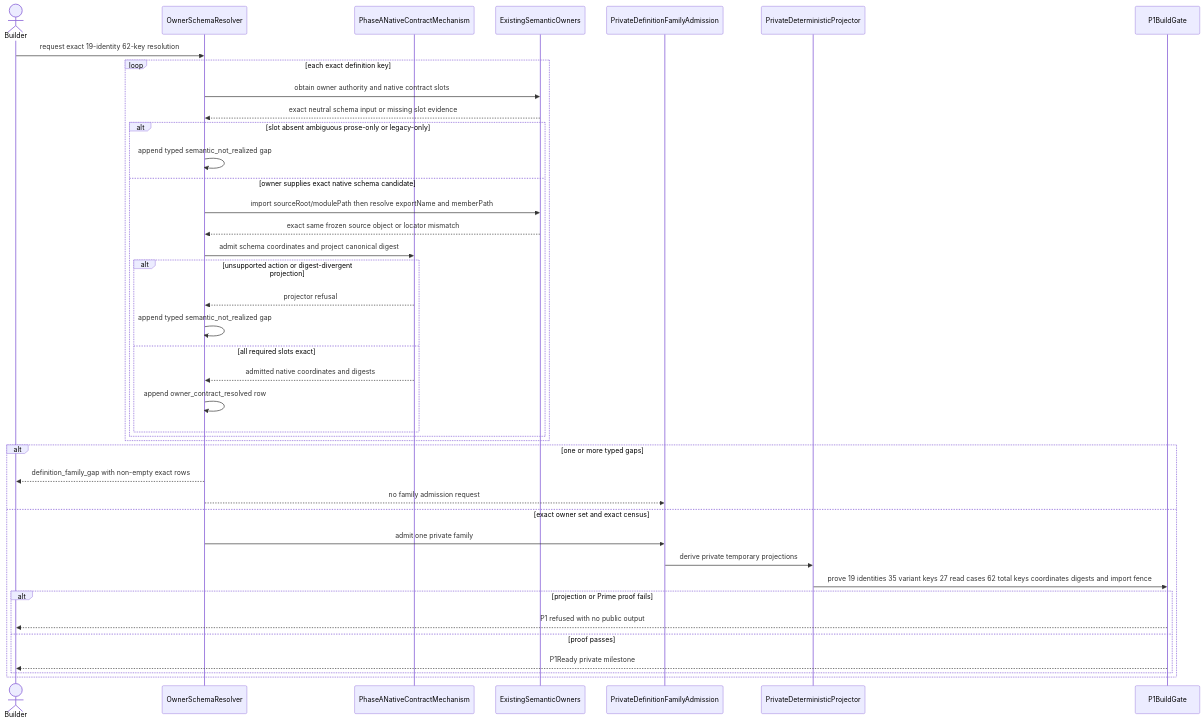
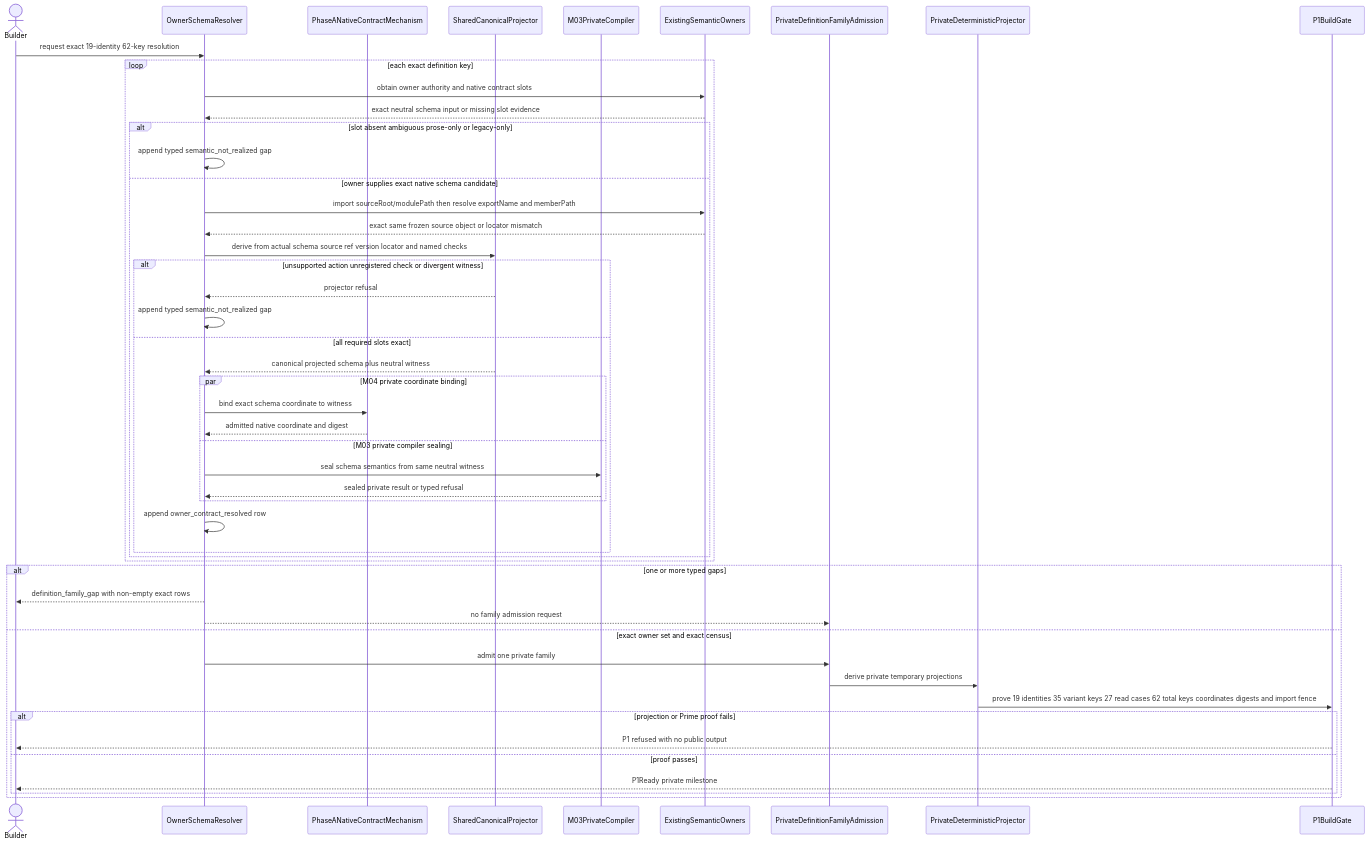
One commit to foolishimp/abiogenesis changed the second of 3 diagrams in build_tenants/abiogenesis/typescript/design/M04_PUBLIC_OPERATION_DEFINITION_FAMILY_BEHAVIOR_DESIGN.md. Above: the diagram before and after it, drawn with Mermaid. The commit also changed other lines of this file and 12 other files, not shown here.

Commit message:
feat(t274): derive native schema projection witnesses

````diff
--- a/build_tenants/abiogenesis/typescript/design/M04_PUBLIC_OPERATION_DEFINITION_FAMILY_BEHAVIOR_DESIGN.md
+++ b/build_tenants/abiogenesis/typescript/design/M04_PUBLIC_OPERATION_DEFINITION_FAMILY_BEHAVIOR_DESIGN.md
@@ -1031,43 +1089,52 @@
 ```mermaid
 sequenceDiagram
   actor Builder
   participant Resolver as OwnerSchemaResolver
   participant PhaseA as PhaseANativeContractMechanism
+  participant Shared as SharedCanonicalProjector
+  participant Compiler as M03PrivateCompiler
   participant Owners as ExistingSemanticOwners
   participant Family as PrivateDefinitionFamilyAdmission
   participant Projector as PrivateDeterministicProjector
   participant Gate as P1BuildGate
 
   Builder->>Resolver: request exact 19-identity 62-key resolution
   loop each exact definition key
     Resolver->>Owners: obtain owner authority and native contract slots
     Owners-->>Resolver: exact neutral schema input or missing slot evidence
     alt slot absent ambiguous prose-only or legacy-only
       Resolver->>Resolver: append typed semantic_not_realized gap
     else owner supplies exact native schema candidate
       Resolver->>Owners: import sourceRoot/modulePath then resolve exportName and memberPath
       Owners-->>Resolver: exact same frozen source object or locator mismatch
-      Resolver->>PhaseA: admit schema coordinates and project canonical digest
-      alt unsupported action or digest-divergent projection
-        PhaseA-->>Resolver: projector refusal
+      Resolver->>Shared: derive from actual schema source ref version locator and named checks
+      alt unsupported action unregistered check or divergent witness
+        Shared-->>Resolver: projector refusal
         Resolver->>Resolver: append typed semantic_not_realized gap
       else all required slots exact
-        PhaseA-->>Resolver: admitted native coordinates and digests
+        Shared-->>Resolver: canonical projected schema plus neutral witness
+        par M04 private coordinate binding
+          Resolver->>PhaseA: bind exact schema coordinate to witness
+          PhaseA-->>Resolver: admitted native coordinate and digest
+        and M03 private compiler sealing
+          Resolver->>Compiler: seal schema semantics from same neutral witness
+          Compiler-->>Resolver: sealed private result or typed refusal
+        end
         Resolver->>Resolver: append owner_contract_resolved row
       end
     end
   end
   alt one or more typed gaps
     Resolver-->>Builder: definition_family_gap with non-empty exact rows
     Resolver-->>Family: no family admission request
   else exact owner set and exact census
     Resolver->>Family: admit one private family
     Family->>Projector: derive private temporary projections
     Projector->>Gate: prove 19 identities 35 variant keys 27 read cases 62 total keys coordinates digests and import fence
     alt projection or Prime proof fails
       Gate-->>Builder: P1 refused with no public output
     else proof passes
       Gate-->>Builder: P1Ready private milestone
     end
   end
 ```
````
